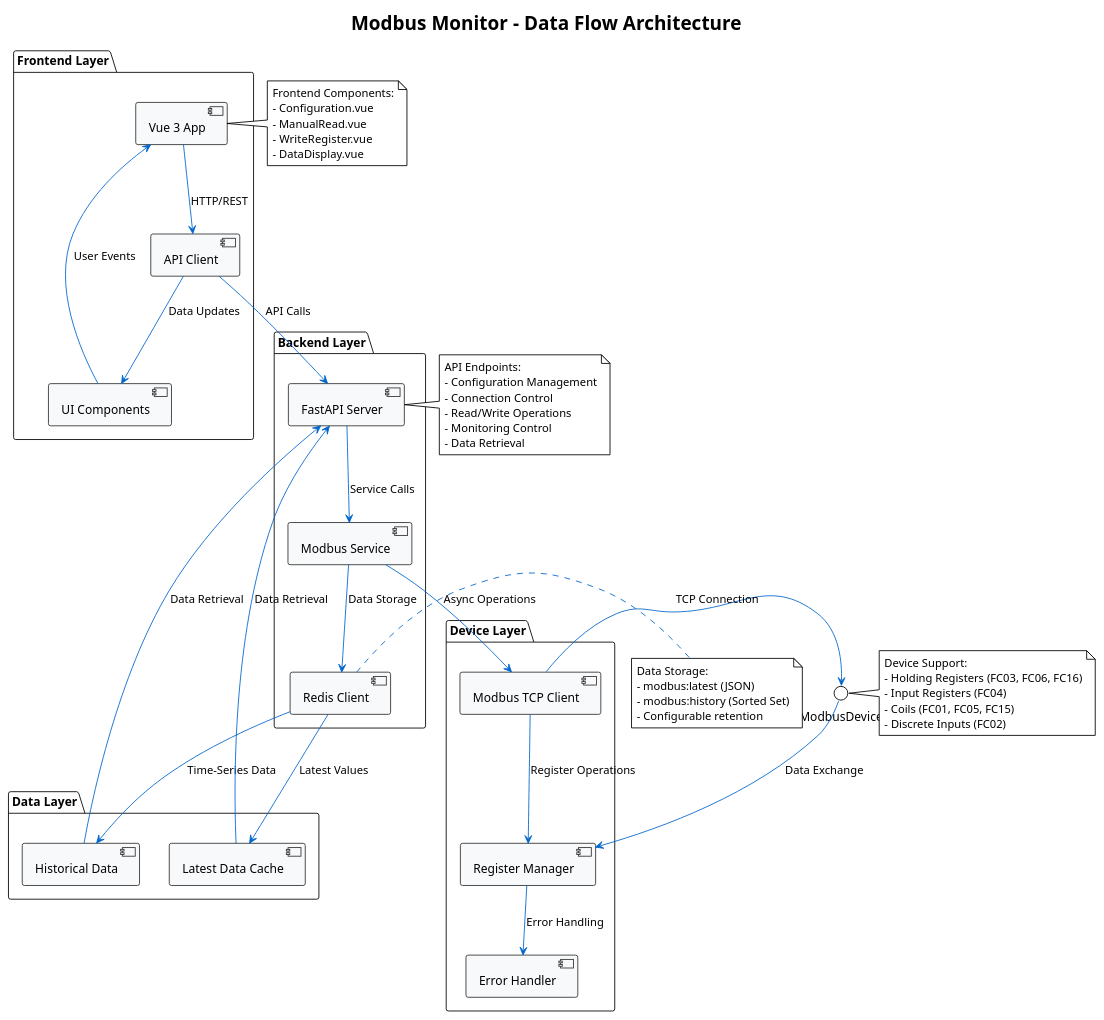
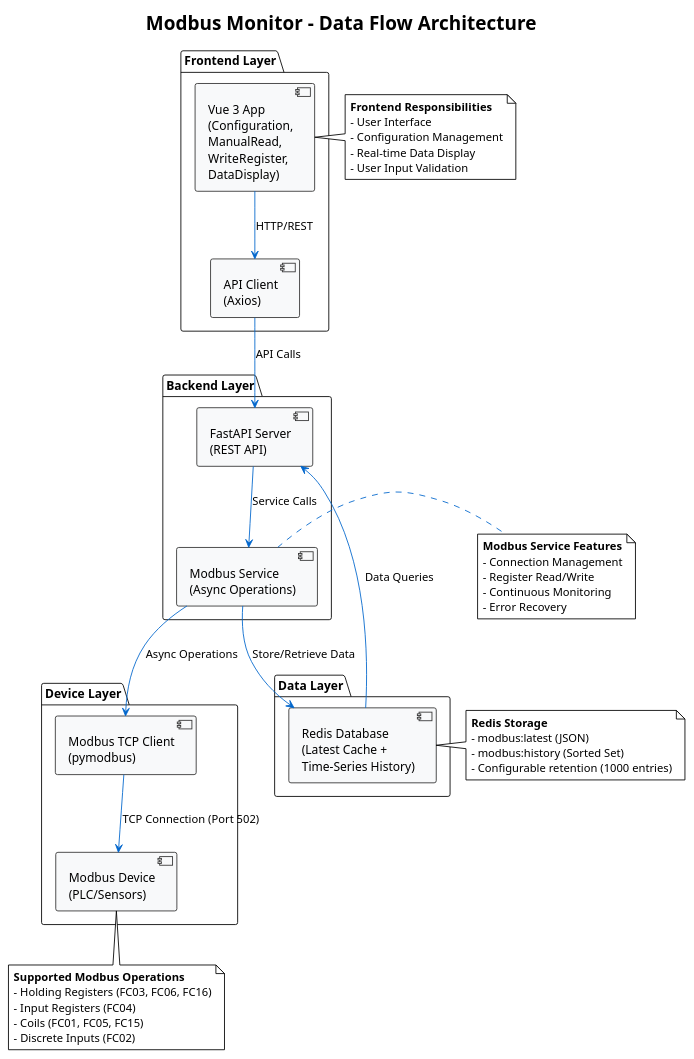
The second of 8 diagrams in README.md (sprigga/Modbus_Monitor), drawn with PlantUML before and after one commit. The commit also changed other lines of this file, not shown here.

Commit message:
Update README with enhanced diagrams and documentation

```diff
--- a/README.md
+++ b/README.md
@@ -979,77 +996,58 @@
 title Modbus Monitor - Data Flow Architecture
 
 package "Frontend Layer" {
-    component [Vue 3 App] as VueApp
-    component [API Client] as API
-    component [UI Components] as UI
+    component [Vue 3 App\n(Configuration,\nManualRead,\nWriteRegister,\nDataDisplay)] as VueApp
+    component [API Client\n(Axios)] as API
 }
 
 package "Backend Layer" {
-    component [FastAPI Server] as FastAPI
-    component [Modbus Service] as Modbus
-    component [Redis Client] as Redis
+    component [FastAPI Server\n(REST API)] as FastAPI
+    component [Modbus Service\n(Async Operations)] as Modbus
 }
 
 package "Data Layer" {
-    component [Latest Data Cache] as LatestCache
-    component [Historical Data] as History
+    component [Redis Database\n(Latest Cache +\nTime-Series History)] as RedisDB
 }
 
 package "Device Layer" {
-    component [Modbus TCP Client] as TCPClient
-    component [Register Manager] as RegisterManager
-    component [Error Handler] as ErrorHandler
+    component [Modbus TCP Client\n(pymodbus)] as TCPClient
+    component [Modbus Device\n(PLC/Sensors)] as ModbusDevice
 }
 
-' Frontend relationships
+' Relationships
 VueApp --> API : HTTP/REST
 API --> FastAPI : API Calls
-UI --> VueApp : User Events
-API --> UI : Data Updates
-
-' Backend relationships
 FastAPI --> Modbus : Service Calls
 Modbus --> TCPClient : Async Operations
-TCPClient --> RegisterManager : Register Operations
-RegisterManager --> ErrorHandler : Error Handling
-
-' Data relationships
-Modbus --> Redis : Data Storage
-Redis --> LatestCache : Latest Values
-Redis --> History : Time-Series Data
-LatestCache --> FastAPI : Data Retrieval
-History --> FastAPI : Data Retrieval
-
-' Device relationships
-TCPClient --> ModbusDevice : TCP Connection
-ModbusDevice --> RegisterManager : Data Exchange
+TCPClient --> ModbusDevice : TCP Connection (Port 502)
+Modbus --> RedisDB : Store/Retrieve Data
+RedisDB --> FastAPI : Data Queries
 
 note right of VueApp
-    Frontend Components:
-    - Configuration.vue
-    - ManualRead.vue
-    - WriteRegister.vue
-    - DataDisplay.vue
+    **Frontend Responsibilities**
+    - User Interface
+    - Configuration Management
+    - Real-time Data Display
+    - User Input Validation
 end note
 
-note right of FastAPI
-    API Endpoints:
-    - Configuration Management
-    - Connection Control
-    - Read/Write Operations
-    - Monitoring Control
-    - Data Retrieval
+note right of Modbus
+    **Modbus Service Features**
+    - Connection Management
+    - Register Read/Write
+    - Continuous Monitoring
+    - Error Recovery
 end note
 
-note right of Redis
-    Data Storage:
+note right of RedisDB
+    **Redis Storage**
     - modbus:latest (JSON)
     - modbus:history (Sorted Set)
-    - Configurable retention
+    - Configurable retention (1000 entries)
 end note
 
-note right of ModbusDevice
-    Device Support:
+note bottom of ModbusDevice
+    **Supported Modbus Operations**
     - Holding Registers (FC03, FC06, FC16)
     - Input Registers (FC04)
     - Coils (FC01, FC05, FC15)
```
